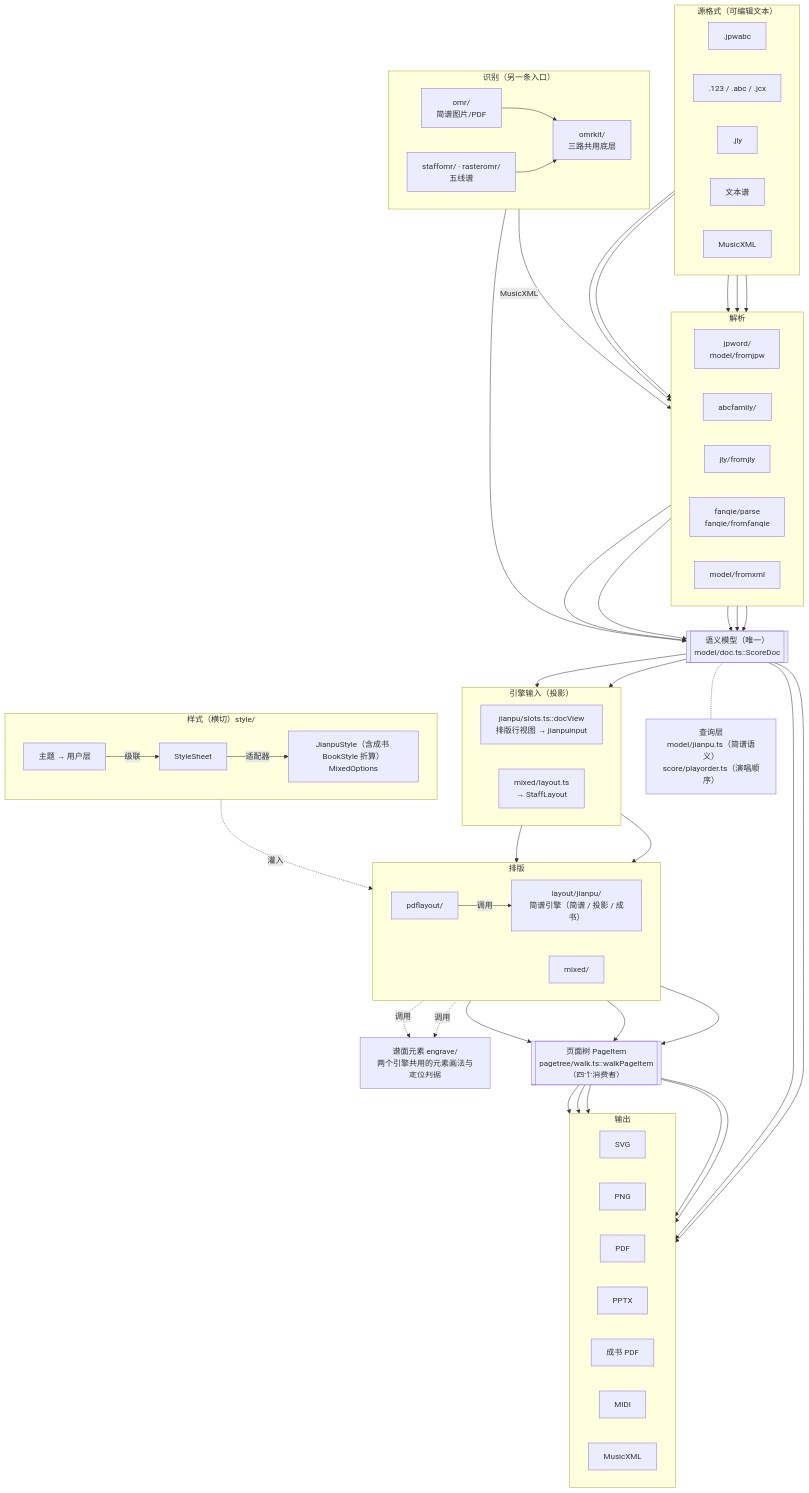
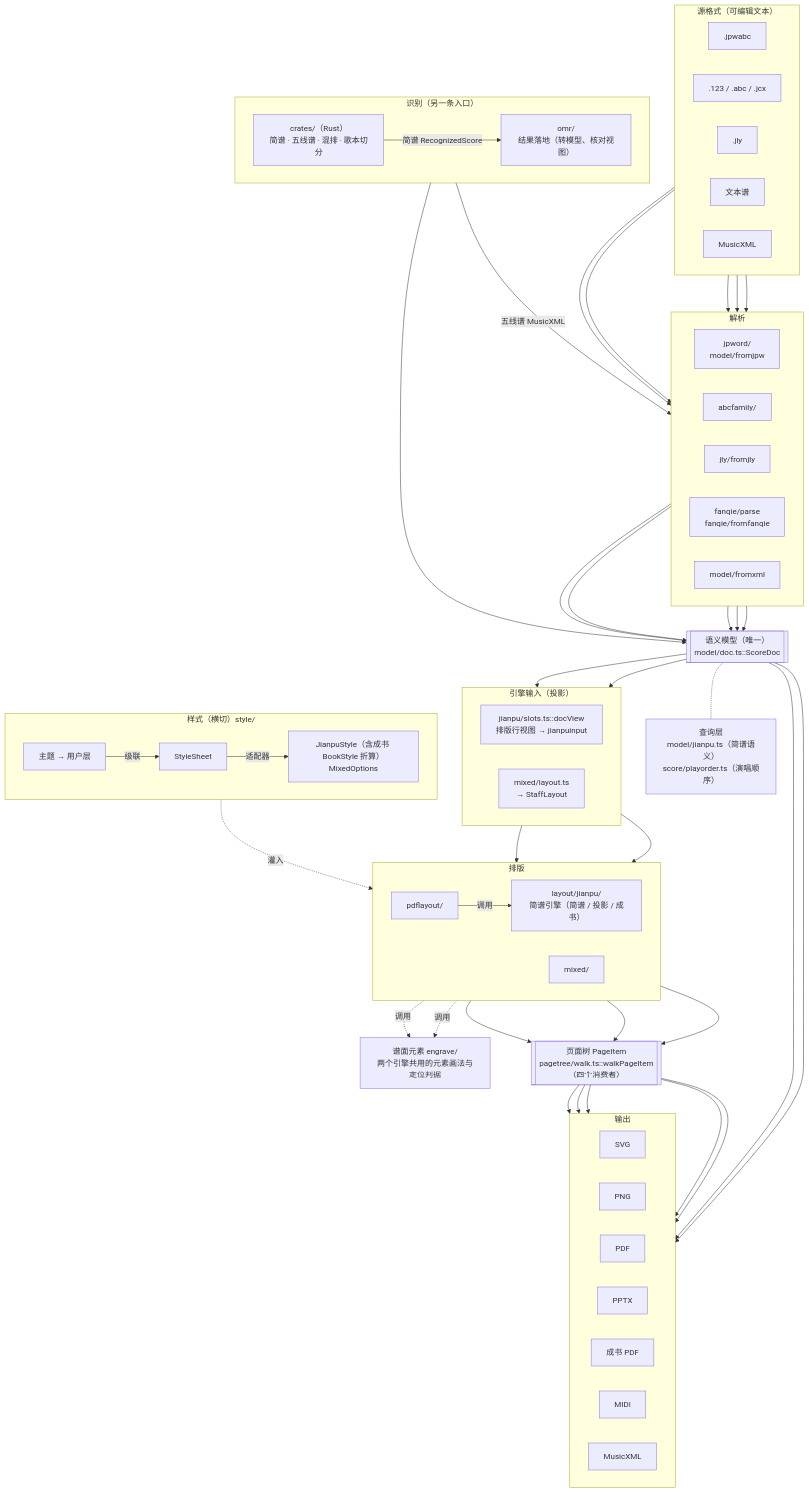
One commit to lodebar2026/dolce changed the diagram in docs/架构.md. Above: the diagram before and after it, drawn with Mermaid. The commit also changed other lines of this file and 230 other files, not shown here.

```diff
--- a/docs/架构.md
+++ b/docs/架构.md
@@ -69,9 +70,8 @@
 
   subgraph OMR["识别（另一条入口）"]
     direction LR
-    omr["omr/<br/>简谱图片/PDF"]
-    somr["staffomr/ · rasteromr/<br/>五线谱"]
-    kit["omrkit/<br/>三路共用底层"]
+    rust["crates/（Rust）<br/>简谱 · 五线谱 · 混排 · 歌本切分"]
+    omr["omr/<br/>结果落地（转模型、核对视图）"]
   end
 
   doc[["语义模型（唯一）<br/>model/doc.ts::ScoreDoc"]]
@@ -117,9 +117,9 @@
   fanqie --> ppu
   xml --> pxml
   pjpw & pabc & pjly & ppu & pxml --> doc
-  omr & somr --> kit
+  rust -- 简谱 RecognizedScore --> omr
   omr --> doc
-  somr -- MusicXML --> pxml
+  rust -- 五线谱 MusicXML --> pxml
   doc -.- query
   doc --> ipu & imx
   ipu --> ljp
```
